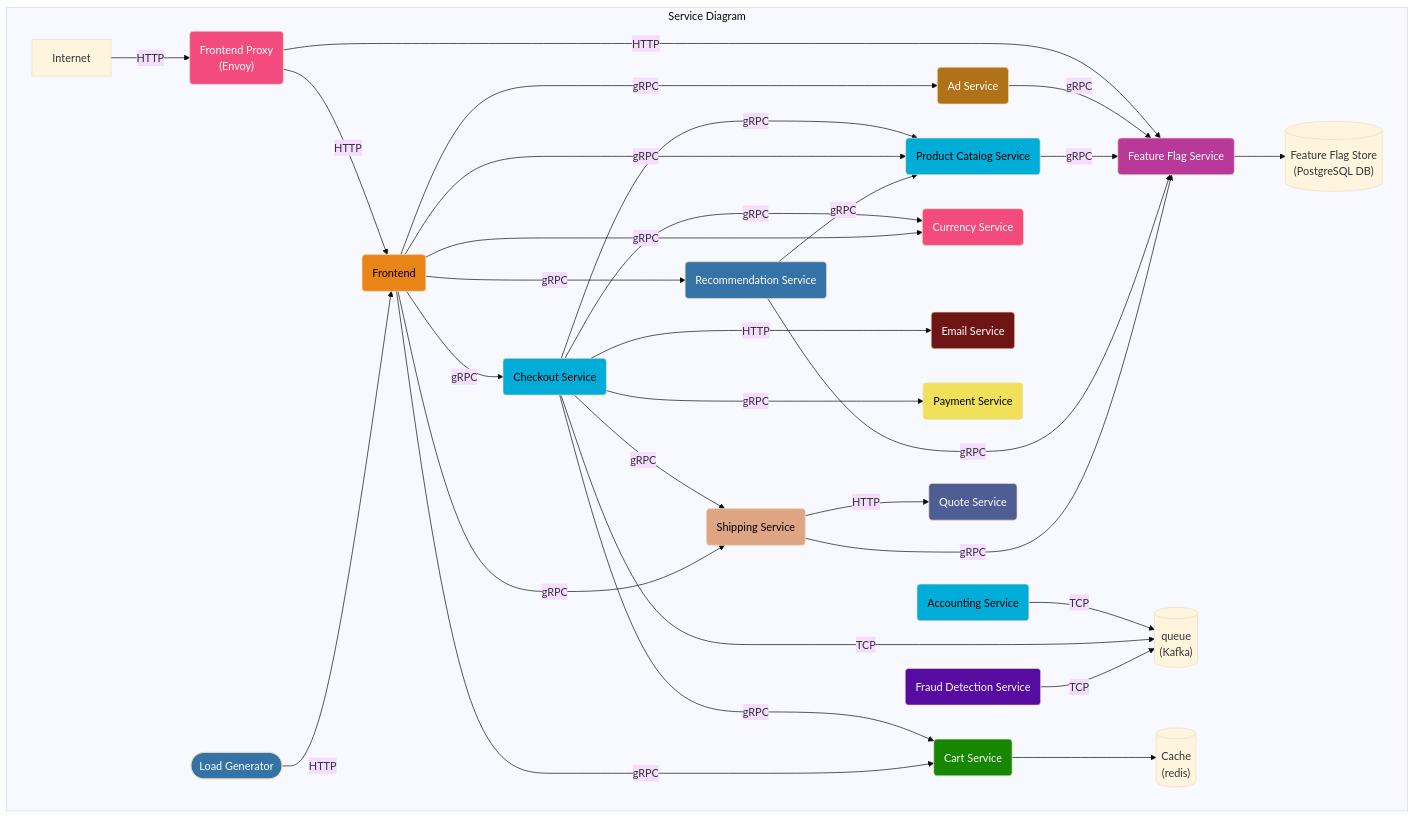
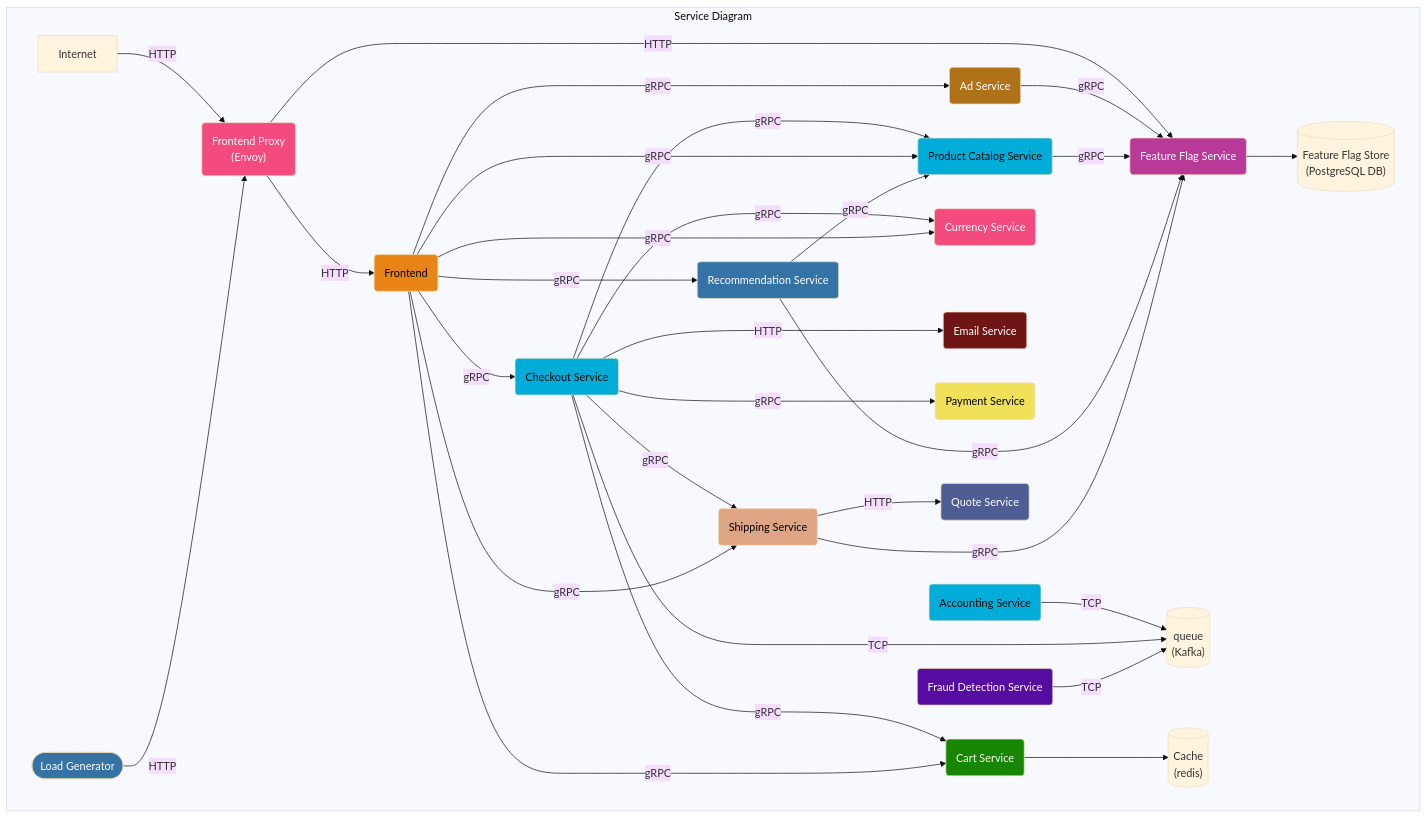
Before and after one commit to open-telemetry/opentelemetry.io: the first of 3 diagrams in content/en/docs/demo/architecture.md, drawn with Mermaid (base theme). The commit also changed other lines of this file, not shown here.

First line of the commit message:
Update demo architecture

````diff
--- a/content/en/docs/demo/architecture.md
+++ b/content/en/docs/demo/architecture.md
@@ -15,73 +15,73 @@
 ```mermaid
 graph TD
 subgraph Service Diagram
 accountingservice(Accounting Service):::golang
 adservice(Ad Service):::java
 cache[(Cache<br/>&#40redis&#41)]
 cartservice(Cart Service):::dotnet
 checkoutservice(Checkout Service):::golang
 currencyservice(Currency Service):::cpp
 emailservice(Email Service):::ruby
 frauddetectionservice(Fraud Detection Service):::kotlin
 frontend(Frontend):::typescript
 frontendproxy(Frontend Proxy <br/>&#40Envoy&#41):::cpp
 loadgenerator([Load Generator]):::python
 paymentservice(Payment Service):::javascript
 productcatalogservice(Product Catalog Service):::golang
 quoteservice(Quote Service):::php
 recommendationservice(Recommendation Service):::python
 shippingservice(Shipping Service):::rust
 featureflagservice(Feature Flag Service):::erlang
 featureflagstore[(Feature Flag Store<br/>&#40PostgreSQL DB&#41)]
 queue[(queue<br/>&#40Kafka&#41)]
 
 Internet -->|HTTP| frontendproxy
 frontendproxy -->|HTTP| frontend
 frontendproxy -->|HTTP| featureflagservice
-loadgenerator -->|HTTP| frontend
+loadgenerator -->|HTTP| frontendproxy
 
 accountingservice -->|TCP| queue
 
 checkoutservice --->|gRPC| cartservice --> cache
 checkoutservice --->|gRPC| productcatalogservice
 checkoutservice --->|gRPC| currencyservice
 checkoutservice --->|HTTP| emailservice
 checkoutservice --->|gRPC| paymentservice
 checkoutservice -->|gRPC| shippingservice
 checkoutservice ---->|TCP| queue
 
 frontend -->|gRPC| adservice
 frontend -->|gRPC| cartservice
 frontend -->|gRPC| productcatalogservice
 frontend -->|gRPC| checkoutservice
 frontend -->|gRPC| currencyservice
 frontend -->|gRPC| recommendationservice -->|gRPC| productcatalogservice
 frontend -->|gRPC| shippingservice -->|HTTP| quoteservice
 
 frauddetectionservice -->|TCP| queue
 
 adservice -->|gRPC| featureflagservice
 
 productcatalogservice -->|gRPC| featureflagservice
 
 recommendationservice -->|gRPC| featureflagservice
 
 shippingservice -->|gRPC| featureflagservice
 
 featureflagservice --> featureflagstore
 
 end
 
 classDef dotnet fill:#178600,color:white;
 classDef cpp fill:#f34b7d,color:white;
 classDef erlang fill:#b83998,color:white;
 classDef golang fill:#00add8,color:black;
 classDef java fill:#b07219,color:white;
 classDef javascript fill:#f1e05a,color:black;
 classDef kotlin fill:#560ba1,color:white;
 classDef php fill:#4f5d95,color:white;
 classDef python fill:#3572A5,color:white;
 classDef ruby fill:#701516,color:white;
 classDef rust fill:#dea584,color:black;
 classDef typescript fill:#e98516,color:black;
 ```
````
